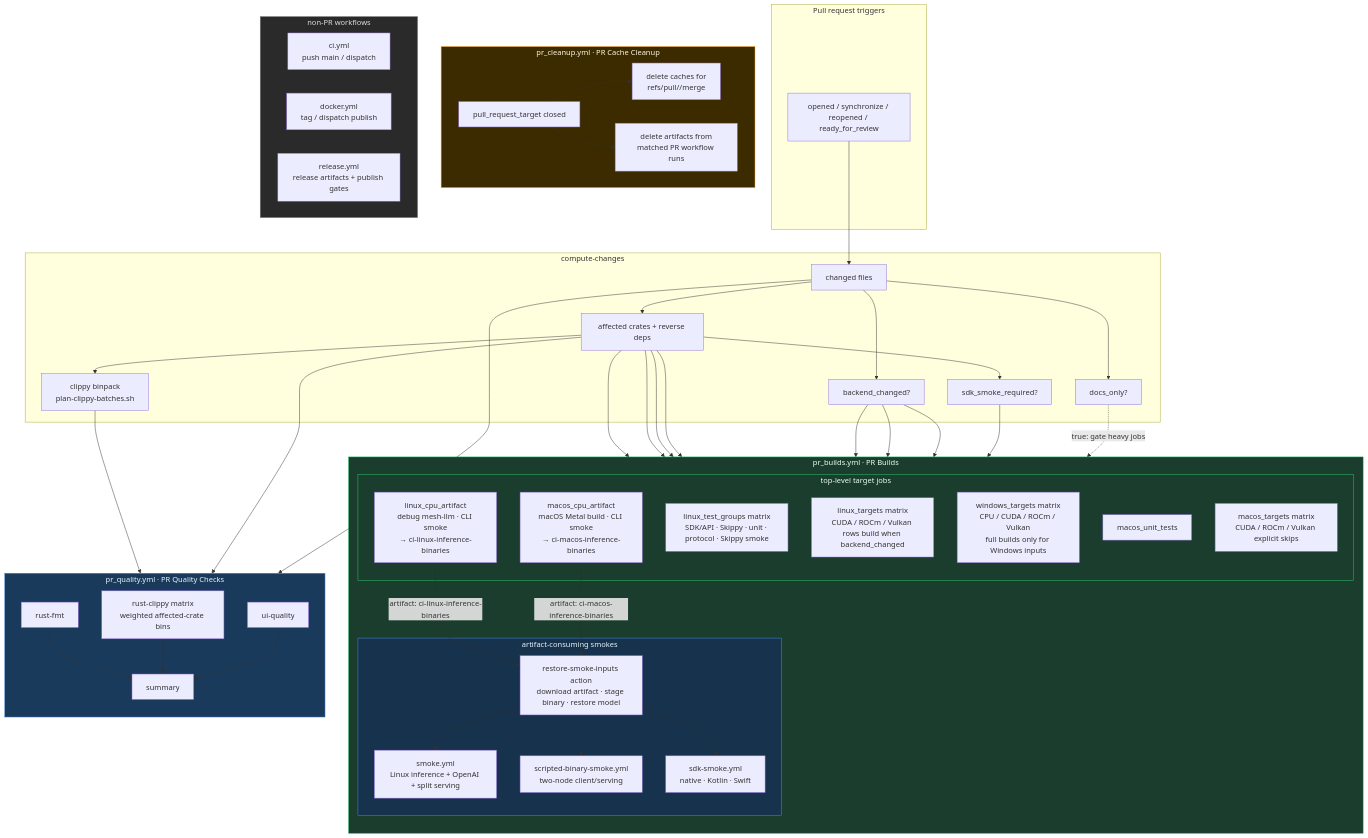
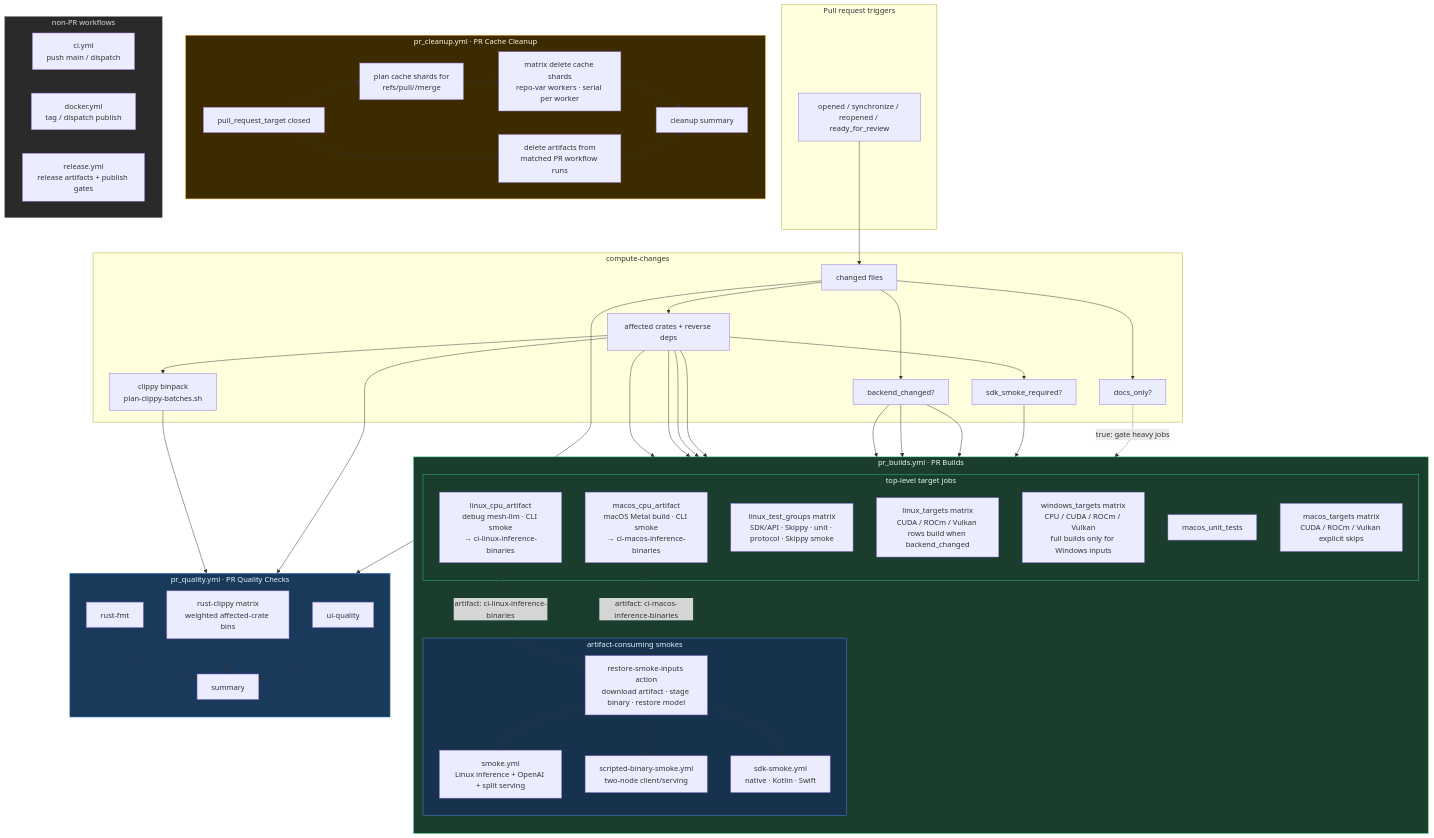
One commit to Mesh-LLM/mesh-llm changed the diagram in ci/ci.md. Above: the diagram before and after it, drawn with Mermaid. The commit also changed other lines of this file and 1 other file, not shown here.

Commit message:
chore(ci): update cleanup workflow

```diff
--- a/ci/ci.md
+++ b/ci/ci.md
@@ -71,10 +71,14 @@
 
     subgraph Cleanup["pr_cleanup.yml · PR Cache Cleanup"]
         Closed["pull_request_target closed"]
-        DeleteCaches["delete caches for\nrefs/pull/<PR>/merge"]
+        PlanCaches["plan cache shards for\nrefs/pull/<PR>/merge"]
+        DeleteCaches["matrix delete cache shards\nrepo-var workers · serial per worker"]
         DeleteArtifacts["delete artifacts from\nmatched PR workflow runs"]
-        Closed --> DeleteCaches
+        CleanupSummary["cleanup summary"]
+        Closed --> PlanCaches --> DeleteCaches
         Closed --> DeleteArtifacts
+        DeleteCaches --> CleanupSummary
+        DeleteArtifacts --> CleanupSummary
     end
 
     subgraph MainRelease["non-PR workflows"]
```
